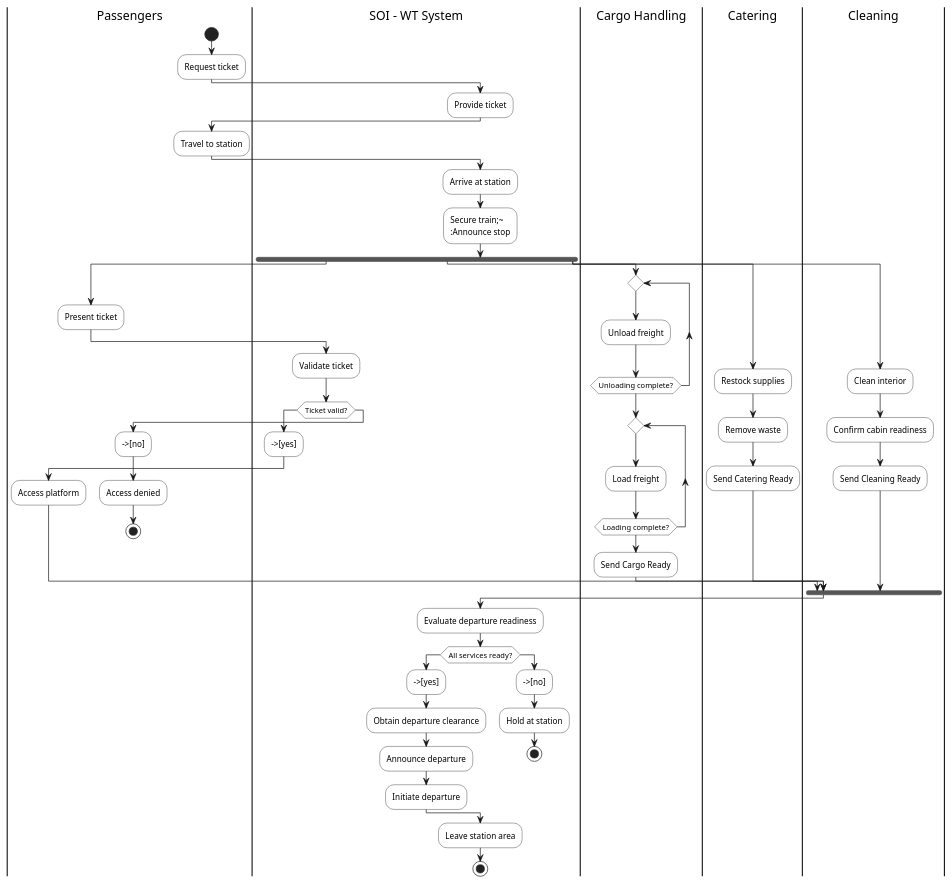
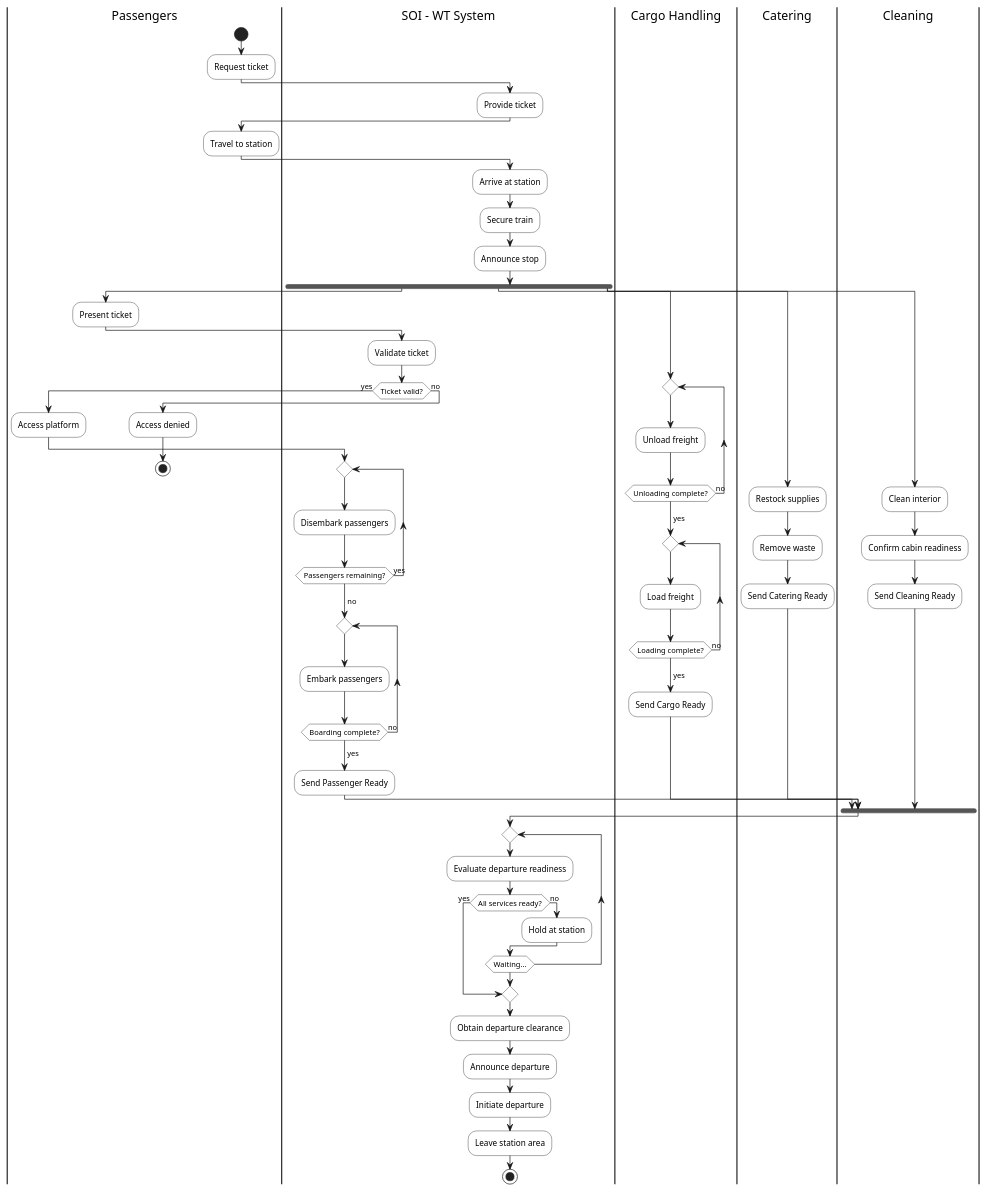
The diagram in Operational Analysis/Scenario1.puml (nachimageshnachi/Requirements-Engineering), drawn with PlantUML before and after one commit. The commit also changed 8 other files, not shown here.

Commit message:
Initial commit: Added station operation diagrams

```diff
--- a/Operational Analysis/Scenario1.puml
+++ b/Operational Analysis/Scenario1.puml
@@ -1,81 +1,95 @@
 @startuml
 skinparam monochrome true
 skinparam packageStyle rectangle
 skinparam activity {
   BackgroundColor White
   BorderColor Black
 }
 
 |Passengers|
 start
 :Request ticket;
 
 |SOI – WT System|
 :Provide ticket;
 
 |Passengers|
 :Travel to station;
 
 |SOI – WT System|
 :Arrive at station;
-:Secure train;~
+:Secure train;
 :Announce stop;
 
 fork
   |Passengers|
   :Present ticket;
 
   |SOI – WT System|
   :Validate ticket;
 
-  if (Ticket valid?) then
-    -->[yes]
+  if (Ticket valid?) then (yes)
     |Passengers|
     :Access platform;
-  else
-    -->[no]
+    
+    |SOI – WT System|
+    repeat
+      :Disembark passengers;
+    repeat while (Passengers remaining?) is (yes)
+    ->no;
+
+    repeat
+      :Embark passengers;
+    repeat while (Boarding complete?) is (no)
+    ->yes;
+
+    :Send Passenger Ready;
+  else (no)
     |Passengers|
     :Access denied;
     stop
   endif
 
 fork again
   |Cargo Handling|
   repeat
     :Unload freight;
-  repeat while (Unloading complete?)
+  repeat while (Unloading complete?) is (no)
+  ->yes;
+
   repeat
     :Load freight;
-  repeat while (Loading complete?)
+  repeat while (Loading complete?) is (no)
+  ->yes;
+
   :Send Cargo Ready;
 
 fork again
   |Catering|
   :Restock supplies;
   :Remove waste;
   :Send Catering Ready;
 
 fork again
   |Cleaning|
   :Clean interior;
   :Confirm cabin readiness;
   :Send Cleaning Ready;
 end fork
 
 |SOI – WT System|
-:Evaluate departure readiness;
+repeat
+  :Evaluate departure readiness;
+  if (All services ready?) then (yes)
+    break
+  else (no)
+    :Hold at station;
+  endif
+repeat while (Waiting...)
 
-if (All services ready?) then
-  -->[yes]
-  :Obtain departure clearance;
-  :Announce departure;
-  :Initiate departure;
-else
-  -->[no]
-  :Hold at station;
-  stop
-endif
-
+:Obtain departure clearance;
+:Announce departure;
+:Initiate departure;
 :Leave station area;
 stop
 @enduml
```
